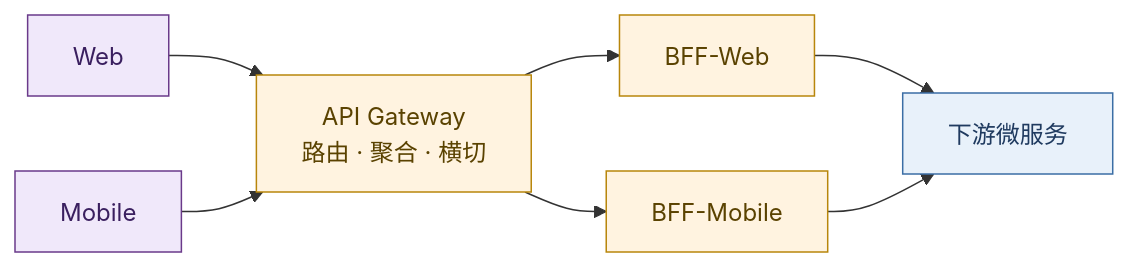
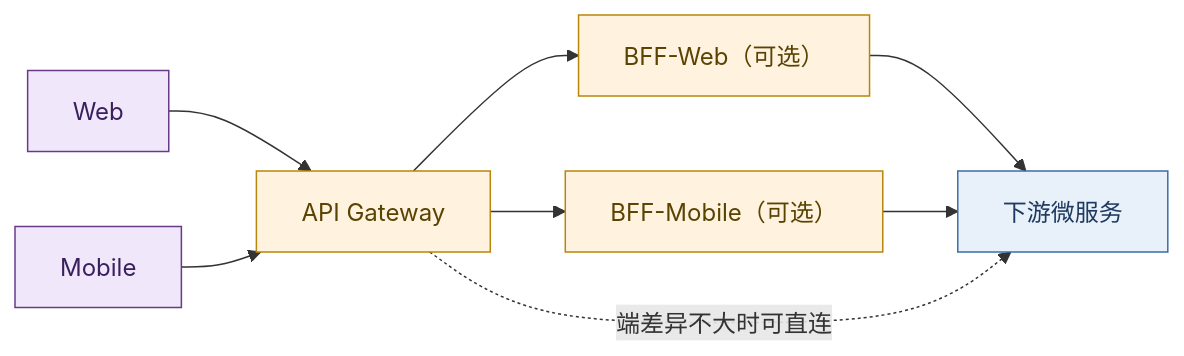
Before and after one commit to xiaxinyu/knowledge_base: the third of 3 diagrams in 20-architecture/21-service-architecture-evolution.md, drawn with Mermaid. The commit also changed other lines of this file, not shown here.

````diff
--- a/20-architecture/21-service-architecture-evolution.md
+++ b/20-architecture/21-service-architecture-evolution.md
@@ -275,13 +308,14 @@
 ```mermaid
 flowchart LR
   classDef cli fill:#f0e8fa,stroke:#6a3a8a,color:#3a1f5f
   classDef edge fill:#fff3e0,stroke:#b8860b,color:#5a4200
   classDef svc fill:#e8f1fa,stroke:#3b6ea5,color:#1f3a5f
 
-  W["Web"]:::cli --> G["API Gateway<br/>路由 · 聚合 · 横切"]:::edge
+  W["Web"]:::cli --> G["API Gateway"]:::edge
   M["Mobile"]:::cli --> G
-  G --> B1["BFF-Web"]:::edge
-  G --> B2["BFF-Mobile"]:::edge
+  G --> B1["BFF-Web（可选）"]:::edge
+  G --> B2["BFF-Mobile（可选）"]:::edge
   B1 --> S["下游微服务"]:::svc
   B2 --> S
+  G -.->|"端差异不大时可直连"| S
 ```
````
